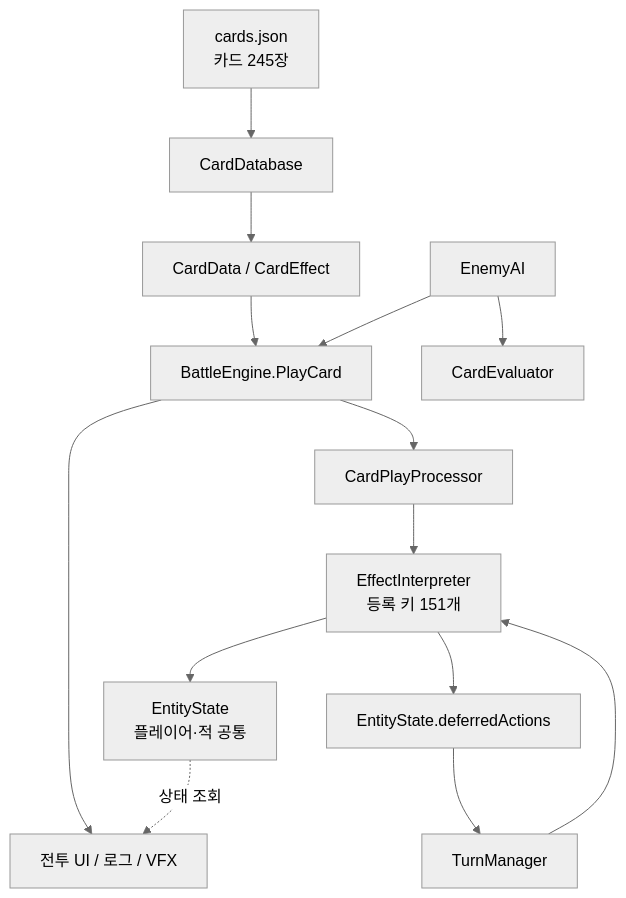
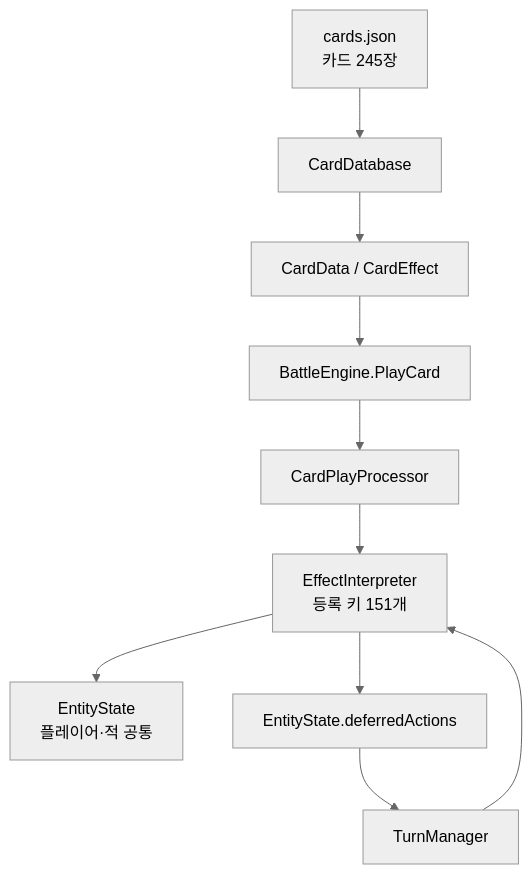
The first of 2 diagrams in README.md (HolicKW/syndicate-seoul-battle-system), drawn with Mermaid (neutral theme) before and after one commit. The commit also changed other lines of this file, not shown here.

````diff
--- a/README.md
+++ b/README.md
@@ -60,16 +63,12 @@
 ```mermaid
 flowchart TB
     JSON["cards.json<br/>카드 245장"] --> DB[CardDatabase]
     DB --> DATA[CardData / CardEffect]
     DATA --> ENGINE[BattleEngine.PlayCard]
     ENGINE --> PLAY[CardPlayProcessor]
     PLAY --> INTERPRETER["EffectInterpreter<br/>등록 키 151개"]
     INTERPRETER --> STATE["EntityState<br/>플레이어·적 공통"]
     INTERPRETER --> DEFERRED[EntityState.deferredActions]
     DEFERRED --> TURN[TurnManager]
     TURN --> INTERPRETER
-    AI[EnemyAI] --> EVAL[CardEvaluator]
-    AI --> ENGINE
-    ENGINE --> UI[전투 UI / 로그 / VFX]
-    STATE -. 상태 조회 .-> UI
 ```
````
